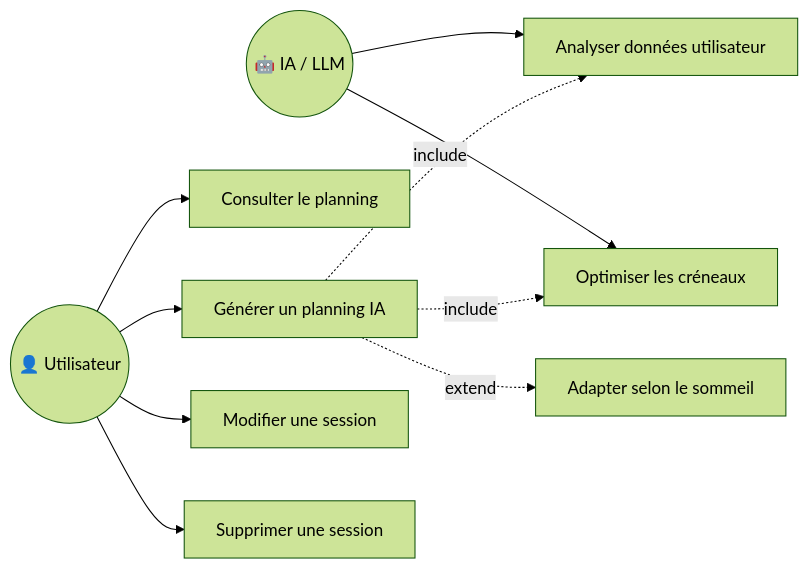
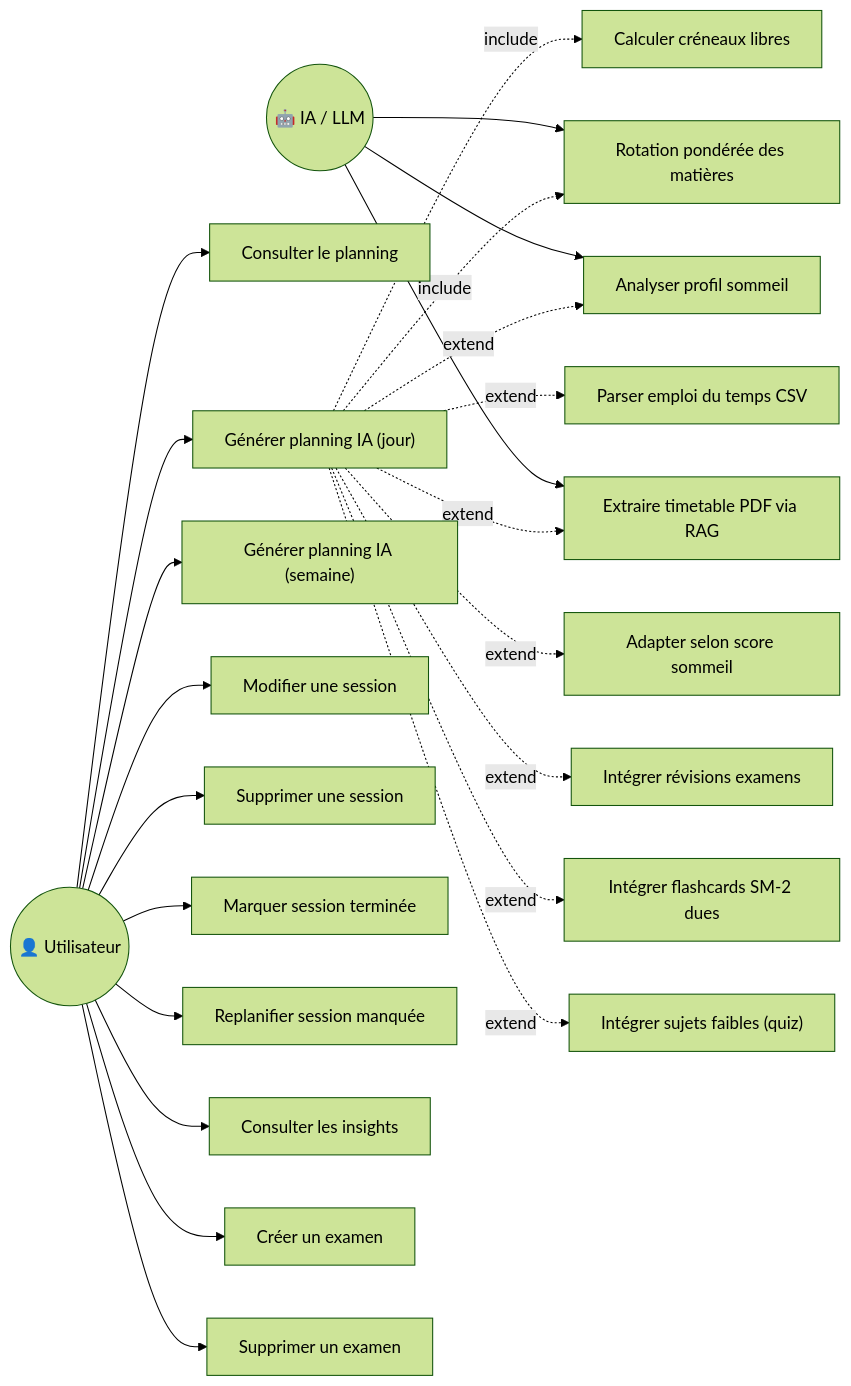
The fifth of 11 diagrams in docs/Conception_CasUtilisation.md (Jkacem/smart_focus), drawn with Mermaid (forest theme) before and after one commit. The commit also changed other lines of this file and 8 other files, not shown here.

````diff
--- a/docs/Conception_CasUtilisation.md
+++ b/docs/Conception_CasUtilisation.md
@@ -238,26 +292,51 @@
 ```mermaid
 graph LR
     User(("👤 Utilisateur"))
     IA(("🤖 IA / LLM"))
 
     UC8["Consulter le planning"]
-    UC9["Générer un planning IA"]
+    UC9["Générer planning IA (jour)"]
+    UC9w["Générer planning IA (semaine)"]
     UC10["Modifier une session"]
     UC11["Supprimer une session"]
+    UC10c["Marquer session terminée"]
+    UC10r["Replanifier session manquée"]
+    UC30["Consulter les insights"]
+    UC31["Créer un examen"]
+    UC32["Supprimer un examen"]
 
-    UC9a["Analyser données utilisateur"]
-    UC9b["Optimiser les créneaux"]
-    UC9c["Adapter selon le sommeil"]
+    UC9a["Analyser profil sommeil"]
+    UC9b["Parser emploi du temps CSV"]
+    UC9c["Extraire timetable PDF via RAG"]
+    UC9d["Calculer créneaux libres"]
+    UC9e["Adapter selon score sommeil"]
+    UC9f["Rotation pondérée des matières"]
+    UC9g["Intégrer révisions examens"]
+    UC9h["Intégrer flashcards SM-2 dues"]
+    UC9i["Intégrer sujets faibles (quiz)"]
 
     User --> UC8
     User --> UC9
+    User --> UC9w
     User --> UC10
     User --> UC11
+    User --> UC10c
+    User --> UC10r
+    User --> UC30
+    User --> UC31
+    User --> UC32
 
     IA --> UC9a
-    IA --> UC9b
+    IA --> UC9c
+    IA --> UC9f
 
-    UC9 -.->|include| UC9a
-    UC9 -.->|include| UC9b
+    UC9 -.->|include| UC9d
+    UC9 -.->|include| UC9f
+    UC9 -.->|extend| UC9a
+    UC9 -.->|extend| UC9b
     UC9 -.->|extend| UC9c
+    UC9 -.->|extend| UC9e
+    UC9 -.->|extend| UC9g
+    UC9 -.->|extend| UC9h
+    UC9 -.->|extend| UC9i
 ```
````
